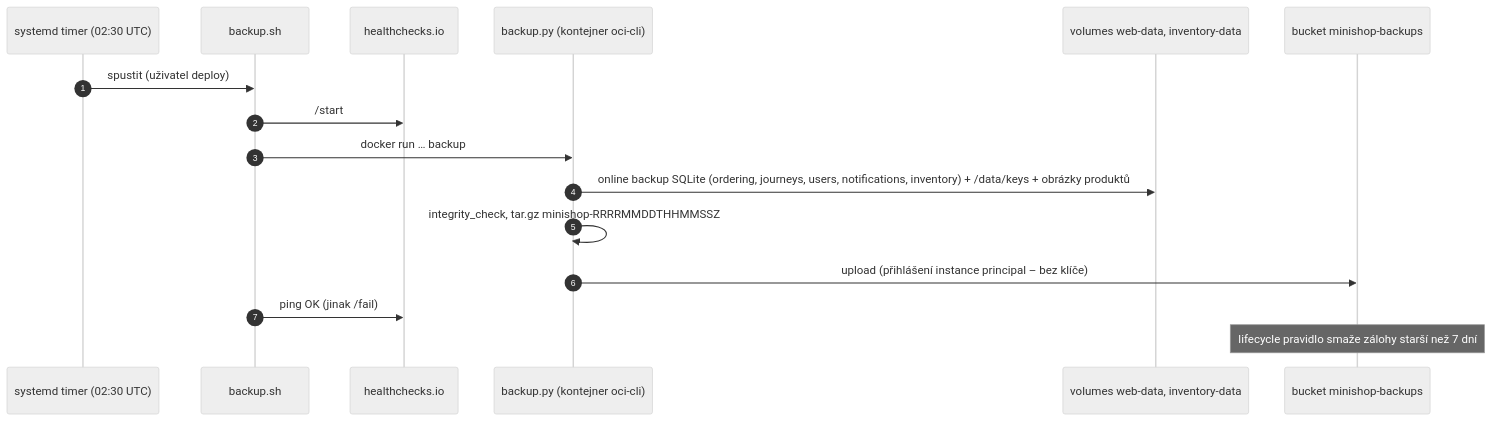
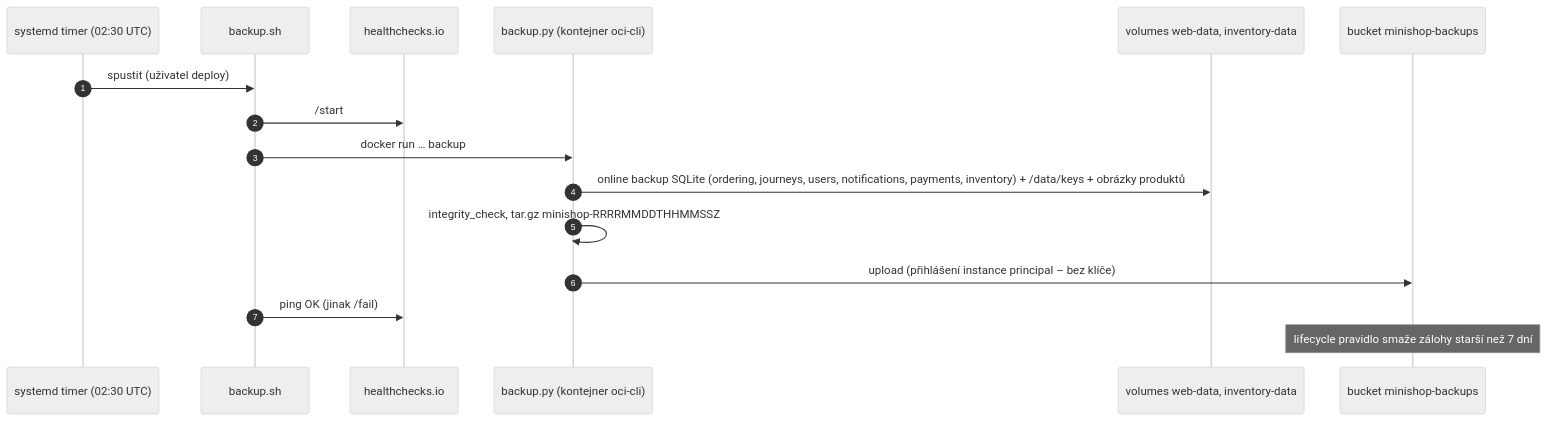
One commit to ftichy/MiniShop changed the diagram in docs/prirucka/nasazeni/zalohy.md. Above: the diagram before and after it, drawn with Mermaid (neutral theme). The commit also changed 88 other files, not shown here.

````diff
--- a/docs/prirucka/nasazeni/zalohy.md
+++ b/docs/prirucka/nasazeni/zalohy.md
@@ -12,19 +12,19 @@
 ```mermaid
 sequenceDiagram
     autonumber
     participant T as systemd timer (02:30 UTC)
     participant S as backup.sh
     participant HC as healthchecks.io
     participant P as backup.py (kontejner oci-cli)
     participant V as volumes web-data, inventory-data
     participant B as bucket minishop-backups
 
     T->>S: spustit (uživatel deploy)
     S->>HC: /start
     S->>P: docker run … backup
-    P->>V: online backup SQLite (ordering, journeys, users, notifications, inventory) + /data/keys + obrázky produktů
+    P->>V: online backup SQLite (ordering, journeys, users, notifications, payments, inventory) + /data/keys + obrázky produktů
     P->>P: integrity_check, tar.gz minishop-RRRRMMDDTHHMMSSZ
     P->>B: upload (přihlášení instance principal – bez klíče)
     S->>HC: ping OK (jinak /fail)
     Note over B: lifecycle pravidlo smaže zálohy starší než 7 dní
 ```
````
